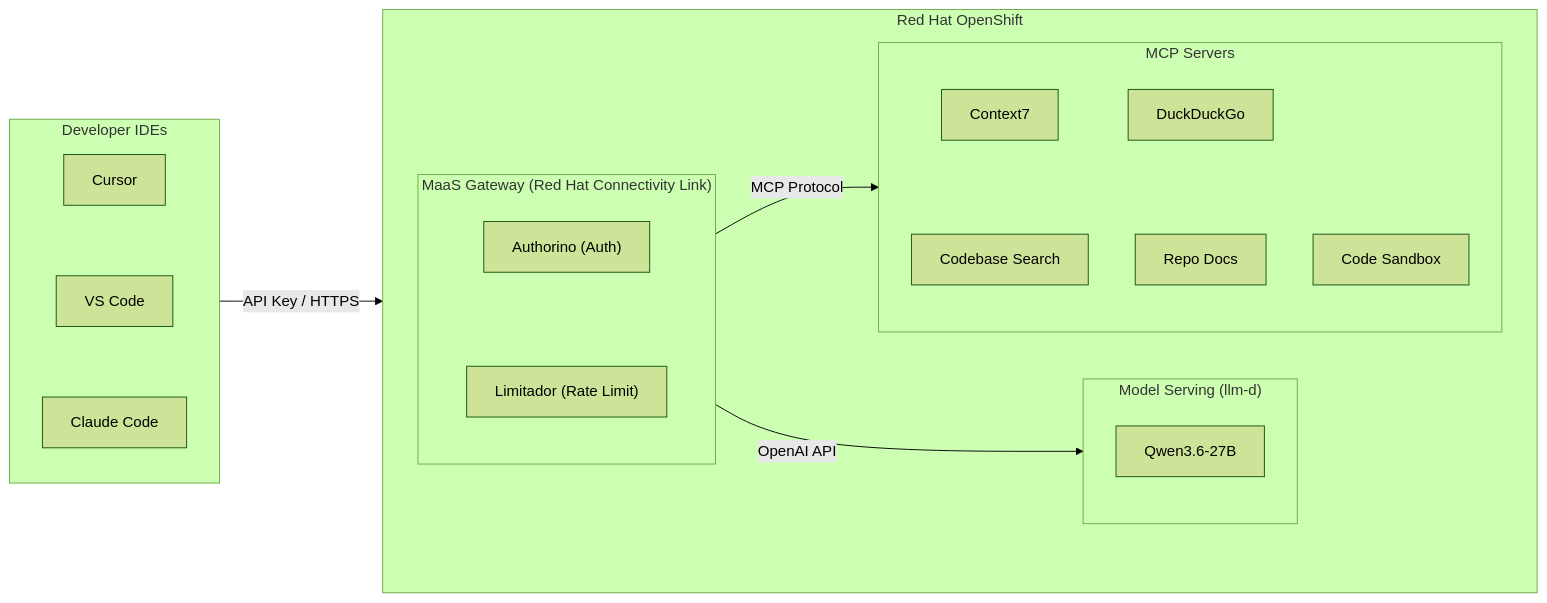
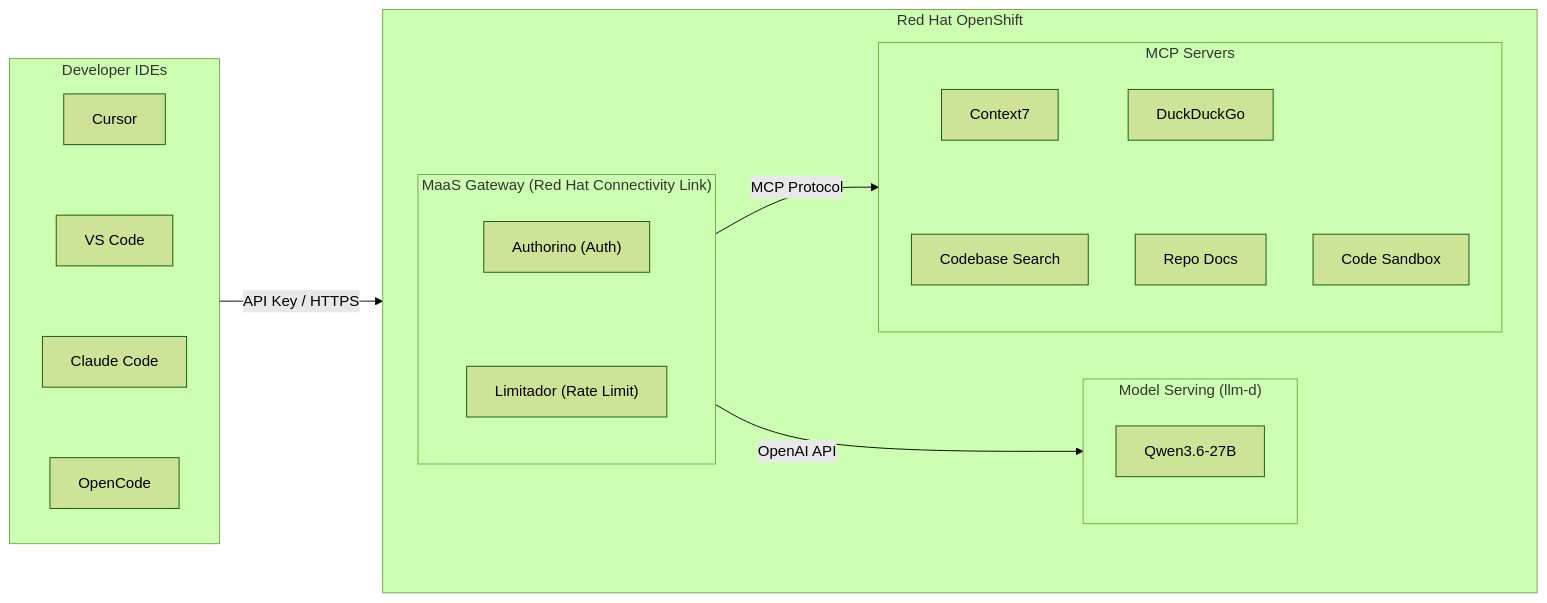
The diagram in README.md (hyogrin/rhoai-coding-assistant-lab), drawn with Mermaid (forest theme) before and after one commit. The commit also changed other lines of this file and 16 other files, not shown here.

````diff
--- a/README.md
+++ b/README.md
@@ -7,35 +7,36 @@
 ```mermaid
 flowchart LR
     subgraph IDE["Developer IDEs"]
         direction TB
         Cursor[Cursor]
         VSCode[VS Code]
         ClaudeCode[Claude Code]
-        Cursor ~~~ VSCode ~~~ ClaudeCode
+        OpenCode[OpenCode]
+        Cursor ~~~ VSCode ~~~ ClaudeCode ~~~ OpenCode
     end
 
     subgraph OCP["Red Hat OpenShift"]
         direction LR
         subgraph GW["MaaS Gateway (Red Hat Connectivity Link)"]
             direction TB
             Auth["Authorino (Auth)"]
             Limit["Limitador (Rate Limit)"]
             Auth ~~~ Limit
         end
 
         subgraph Serving["Model Serving (llm-d)"]
             vLLM["Qwen3.6-27B"]
         end
 
         subgraph Tools["MCP Servers"]
             direction TB
             C7[Context7] ~~~ Search[Codebase Search] 
             DDG[DuckDuckGo] ~~~ Docs[Repo Docs]
             Sandbox[Code Sandbox]
         end
     end
 
     IDE -->|"API Key / HTTPS"| GW
     GW -->|"OpenAI API"| Serving
     GW -->|"MCP Protocol"| Tools
 ```
````
